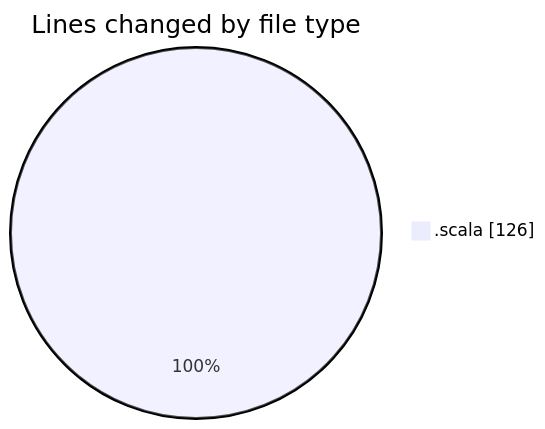
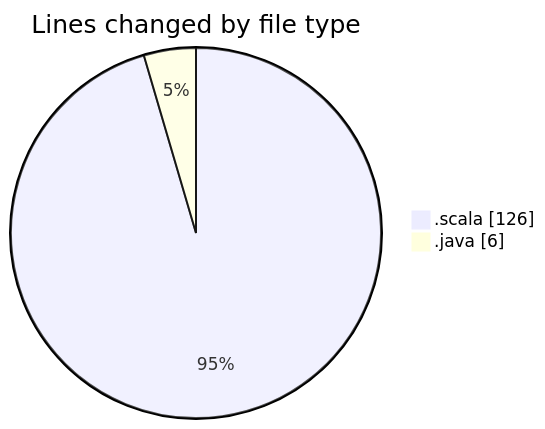
One commit to charlie-sans/code-tracking changed the first of 2 diagrams in 2025-03-10/jmasm/README.md. Above: the diagram before and after it, drawn with Mermaid. The commit also changed other lines of this file and 1 other file, not shown here.

````diff
--- a/2025-03-10/jmasm/README.md
+++ b/2025-03-10/jmasm/README.md
@@ -20,5 +21,6 @@
 ```mermaid
 pie showData
 title Lines changed by file type
 ".scala" : 126
+".java" : 6
 ```
````
